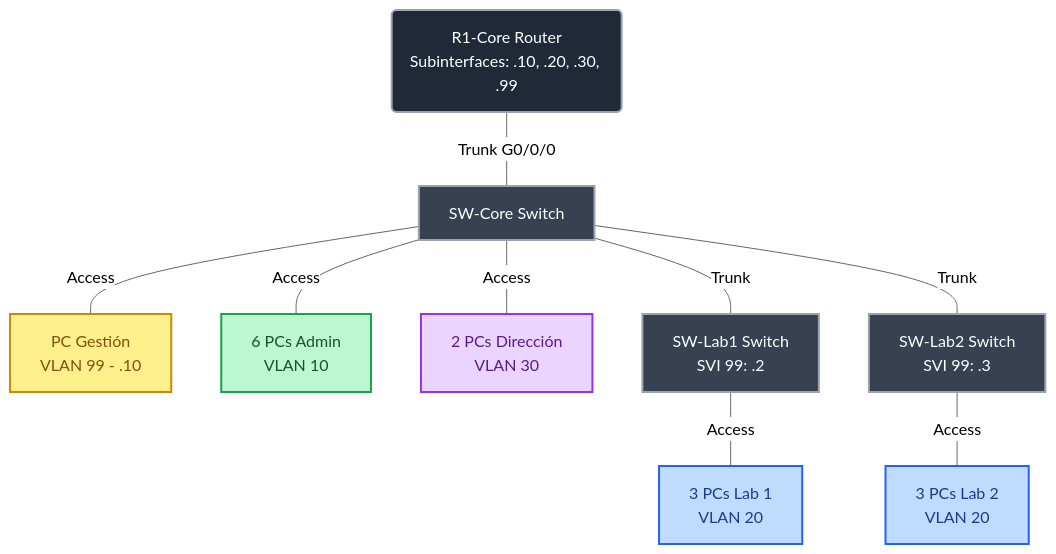
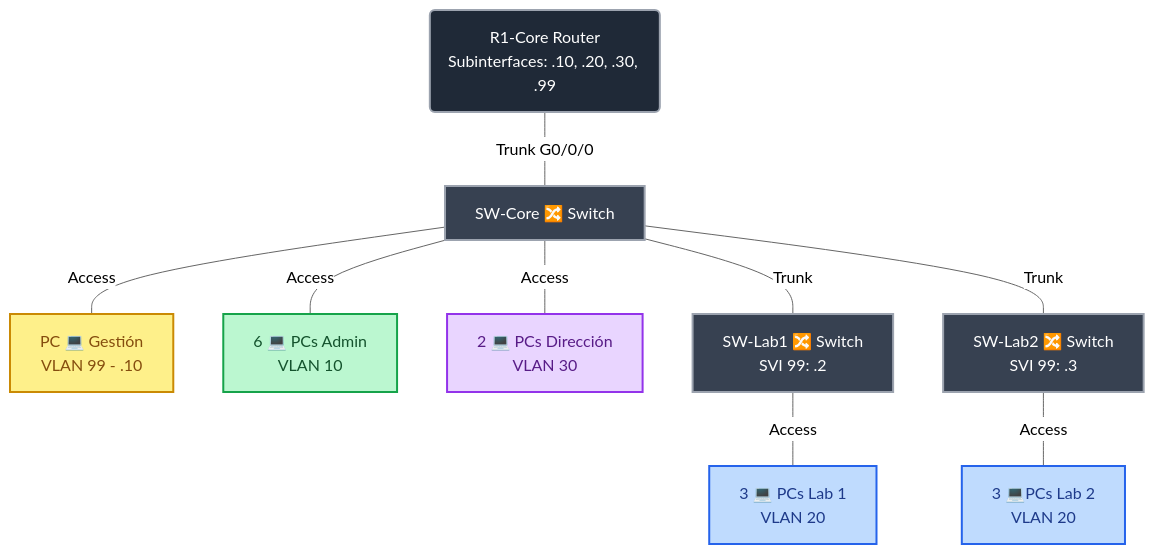
One commit to elzro/portafolio-alumno-prueba changed the first of 3 diagrams in README.md. Above: the diagram before and after it, drawn with Mermaid (neutral theme).

````diff
--- a/README.md
+++ b/README.md
@@ -18,35 +18,35 @@
 ```mermaid
 graph TD
     %% Definición de la Topología
-    R1(R1-Core Router<br/>Subinterfaces: .10, .20, .30, .99) ---|Trunk G0/0/0| SWC[SW-Core Switch]
+    R1(R1-Core Router<br/>Subinterfaces: .10, .20, .30, .99) ---|Trunk G0/0/0| SWC[SW-Core 🔀 Switch]
     
-    SWC ---|Access| PCG[PC Gestión<br/>VLAN 99 - .10]
-    SWC ---|Access| PCA[6 PCs Admin<br/>VLAN 10]
-    SWC ---|Access| PCD[2 PCs Dirección<br/>VLAN 30]
+    SWC ---|Access| PCG[PC 💻 Gestión<br/>VLAN 99 - .10]
+    SWC ---|Access| PCA[6 💻 PCs Admin<br/>VLAN 10]
+    SWC ---|Access| PCD[2 💻 PCs Dirección<br/>VLAN 30]
     
-    SWC ---|Trunk| SWL1[SW-Lab1 Switch<br/>SVI 99: .2]
-    SWC ---|Trunk| SWL2[SW-Lab2 Switch<br/>SVI 99: .3]
+    SWC ---|Trunk| SWL1[SW-Lab1 🔀 Switch<br/>SVI 99: .2]
+    SWC ---|Trunk| SWL2[SW-Lab2 🔀 Switch<br/>SVI 99: .3]
     
-    SWL1 ---|Access| PCL1[3 PCs Lab 1<br/>VLAN 20]
-    SWL2 ---|Access| PCL2[3 PCs Lab 2<br/>VLAN 20]
+    SWL1 ---|Access| PCL1[3 💻 PCs Lab 1<br/>VLAN 20]
+    SWL2 ---|Access| PCL2[3 💻PCs Lab 2<br/>VLAN 20]
 
     %% Estilos de Nodos Generales (Routers y Switches)
     style R1 fill:#1f2937,stroke:#9ca3af,stroke-width:2px,color:#fff
     style SWC fill:#374151,stroke:#9ca3af,stroke-width:2px,color:#fff
     style SWL1 fill:#374151,stroke:#9ca3af,stroke-width:2px,color:#fff
     style SWL2 fill:#374151,stroke:#9ca3af,stroke-width:2px,color:#fff
 
     %% Estilos por VLAN
     %% VLAN 99 - Gestión (Amarillo)
     style PCG fill:#fef08a,stroke:#ca8a04,stroke-width:2px,color:#854d0e
 
     %% VLAN 10 - Admin (Verde)
     style PCA fill:#bbf7d0,stroke:#16a34a,stroke-width:2px,color:#14532d
 
     %% VLAN 20 - Labs (Azul)
     style PCL1 fill:#bfdbfe,stroke:#2563eb,stroke-width:2px,color:#1e3a8a
     style PCL2 fill:#bfdbfe,stroke:#2563eb,stroke-width:2px,color:#1e3a8a
 
     %% VLAN 30 - Dirección (Morado)
     style PCD fill:#e9d5ff,stroke:#9333ea,stroke-width:2px,color:#581c87
 ```
````
